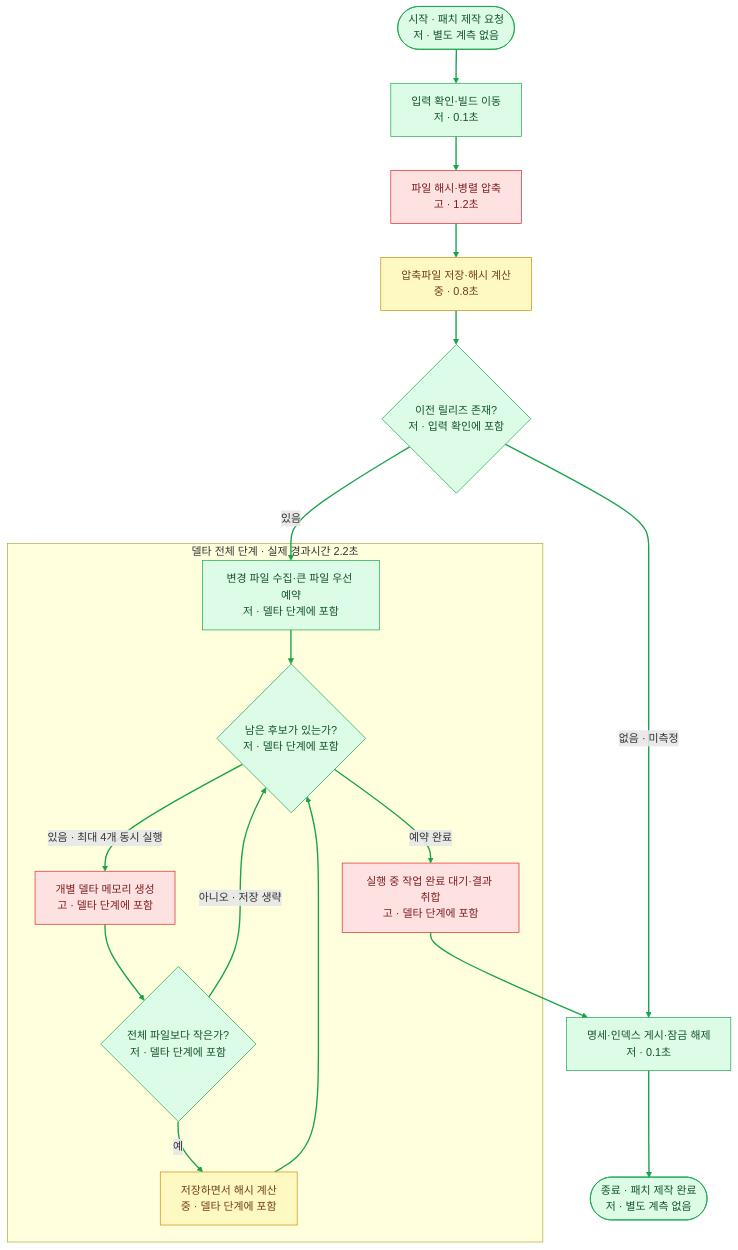
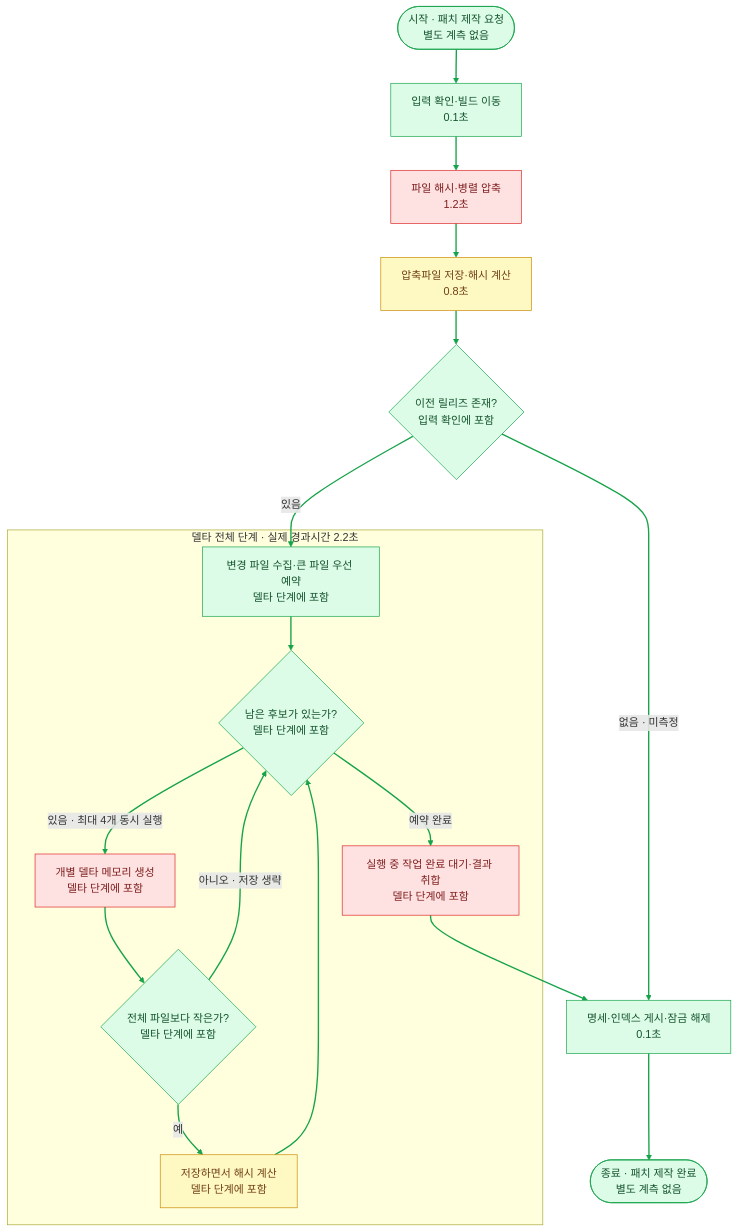
The diagram in skills/algorithm-flowchart/references/measurement.md (ParkMinDev/AgentSkills), drawn with Mermaid before and after one commit. The commit also changed other lines of this file and 2 other files, not shown here.

Commit message:
Improve flowchart function titles and visibility notation

````diff
--- a/skills/algorithm-flowchart/references/measurement.md
+++ b/skills/algorithm-flowchart/references/measurement.md
@@ -42,27 +42,27 @@
 ```mermaid
 flowchart TD
-    START(["시작 · 패치 제작 요청<br/>저 · 별도 계측 없음"]) --> A
-    A["입력 확인·빌드 이동<br/>저 · 0.1초"] --> B["파일 해시·병렬 압축<br/>고 · 1.2초"]
-    B --> C["압축파일 저장·해시 계산<br/>중 · 0.8초"]
-    C --> D{"이전 릴리즈 존재?<br/>저 · 입력 확인에 포함"}
+    START(["시작 · 패치 제작 요청<br/>별도 계측 없음"]) --> A
+    A["입력 확인·빌드 이동<br/>0.1초"] --> B["파일 해시·병렬 압축<br/>1.2초"]
+    B --> C["압축파일 저장·해시 계산<br/>0.8초"]
+    C --> D{"이전 릴리즈 존재?<br/>입력 확인에 포함"}
     D -->|없음 · 미측정| K
     D -->|있음| E
     subgraph DELTA["델타 전체 단계 · 실제 경과시간 2.2초"]
-        E["변경 파일 수집·큰 파일 우선 예약<br/>저 · 델타 단계에 포함"] --> F{"남은 후보가 있는가?<br/>저 · 델타 단계에 포함"}
-        F -->|있음 · 최대 4개 동시 실행| G["개별 델타 메모리 생성<br/>고 · 델타 단계에 포함"]
-        G --> H{"전체 파일보다 작은가?<br/>저 · 델타 단계에 포함"}
-        H -->|예| I["저장하면서 해시 계산<br/>중 · 델타 단계에 포함"]
+        E["변경 파일 수집·큰 파일 우선 예약<br/>델타 단계에 포함"] --> F{"남은 후보가 있는가?<br/>델타 단계에 포함"}
+        F -->|있음 · 최대 4개 동시 실행| G["개별 델타 메모리 생성<br/>델타 단계에 포함"]
+        G --> H{"전체 파일보다 작은가?<br/>델타 단계에 포함"}
+        H -->|예| I["저장하면서 해시 계산<br/>델타 단계에 포함"]
         H -->|아니오 · 저장 생략| F
         I --> F
-        F -->|예약 완료| J["실행 중 작업 완료 대기·결과 취합<br/>고 · 델타 단계에 포함"]
+        F -->|예약 완료| J["실행 중 작업 완료 대기·결과 취합<br/>델타 단계에 포함"]
     end
-    J --> K["명세·인덱스 게시·잠금 해제<br/>저 · 0.1초"]
-    K --> END(["종료 · 패치 제작 완료<br/>저 · 별도 계측 없음"])
+    J --> K["명세·인덱스 게시·잠금 해제<br/>0.1초"]
+    K --> END(["종료 · 패치 제작 완료<br/>별도 계측 없음"])
     classDef low fill:#dcfce7,stroke:#16a34a,color:#14532d
     classDef medium fill:#fef9c3,stroke:#ca8a04,color:#713f12
     classDef high fill:#fee2e2,stroke:#dc2626,color:#7f1d1d
     class START,END,A,D,E,F,H,K low
     class C,I medium
     class B,G,J high
     linkStyle default stroke:#16A34A,stroke-width:2px
 ```
````
